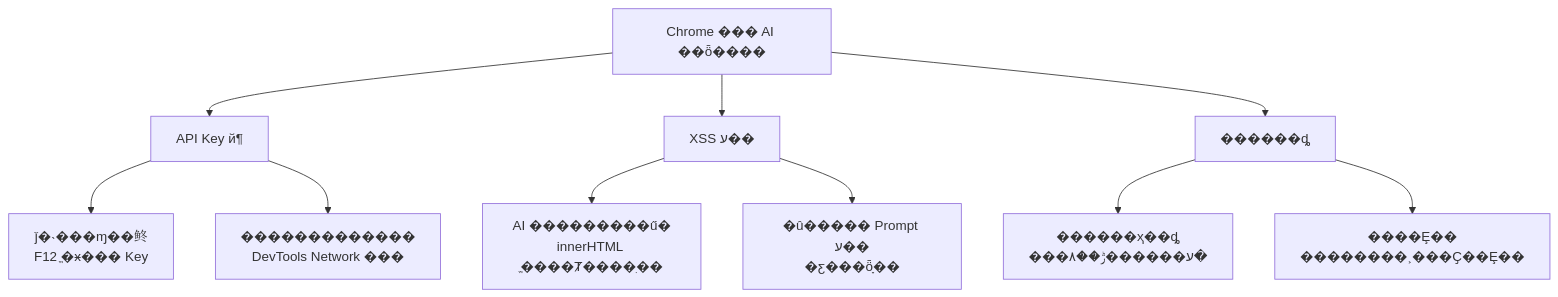
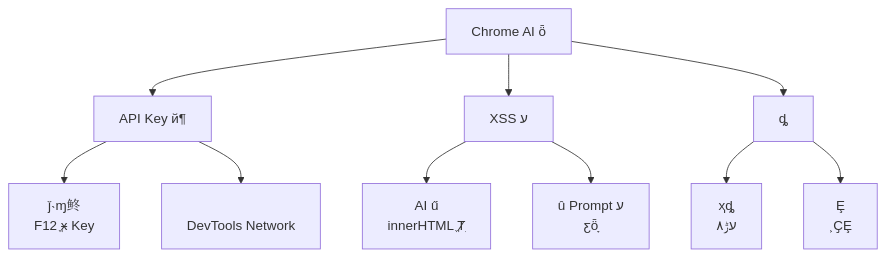
The first of 8 diagrams in content/post/ai-interview/Chrome插件如何安全调用AI.zh-CN.md (TimeHunter618/hugo-maid-code), drawn with Mermaid before and after one commit. The commit also changed other lines of this file and 55 other files, not shown here.

````diff
--- a/content/post/ai-interview/Chrome插件如何安全调用AI.zh-CN.md
+++ b/content/post/ai-interview/Chrome插件如何安全调用AI.zh-CN.md
@@ -35,15 +35,15 @@
 ```mermaid
 graph TD
-    A["Chrome ��� AI ��ȫ����"] --> B["API Key й¶"]
-    A --> C["XSS ע��"]
-    A --> D["������ȡ"]
+    A["Chrome  AI ȫ"] --> B["API Key й¶"]
+    A --> C["XSS ע"]
+    A --> D["ȡ"]
 
-    B --> B1["ǰ�˴���ɱ��鿴<br/>F12 ֱ�ӿ��� Key"]
-    B --> B2["�������������<br/>DevTools Network ���"]
+    B --> B1["ǰ˴ɱ鿴<br/>F12 ֱӿ Key"]
+    B --> B2["<br/>DevTools Network "]
 
-    C --> C1["AI ���������ű�<br/>innerHTML ֱ����Ⱦ����ִ��"]
-    C --> C2["�û����� Prompt ע��<br/>�ƹ���ȫָ��"]
+    C --> C1["AI ű<br/>innerHTML ֱȾִ"]
+    C --> C2["û Prompt ע<br/>ƹȫָ"]
 
-    D --> D1["������ҳ��ȡ<br/>���ע������ݱ��۸�"]
-    D --> D2["����Ȩ��<br/>��������˲���Ҫ��Ȩ��"]
+    D --> D1["ҳȡ<br/>עݱ۸"]
+    D --> D2["Ȩ<br/>˲ҪȨ"]
 ```
````
